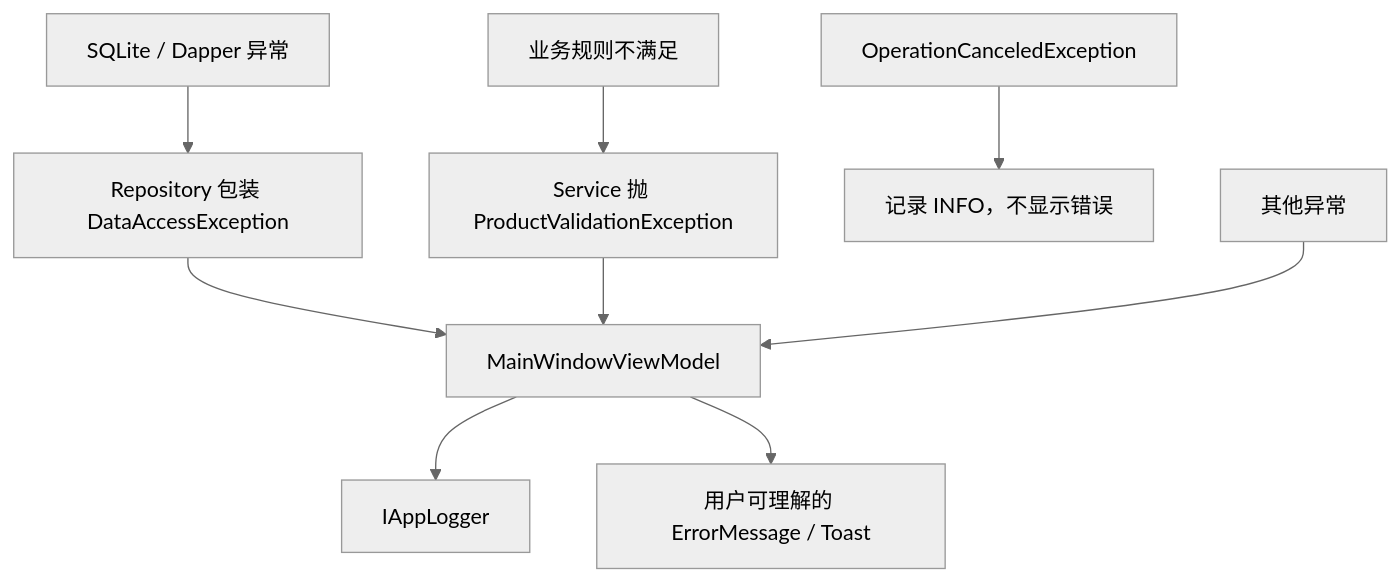
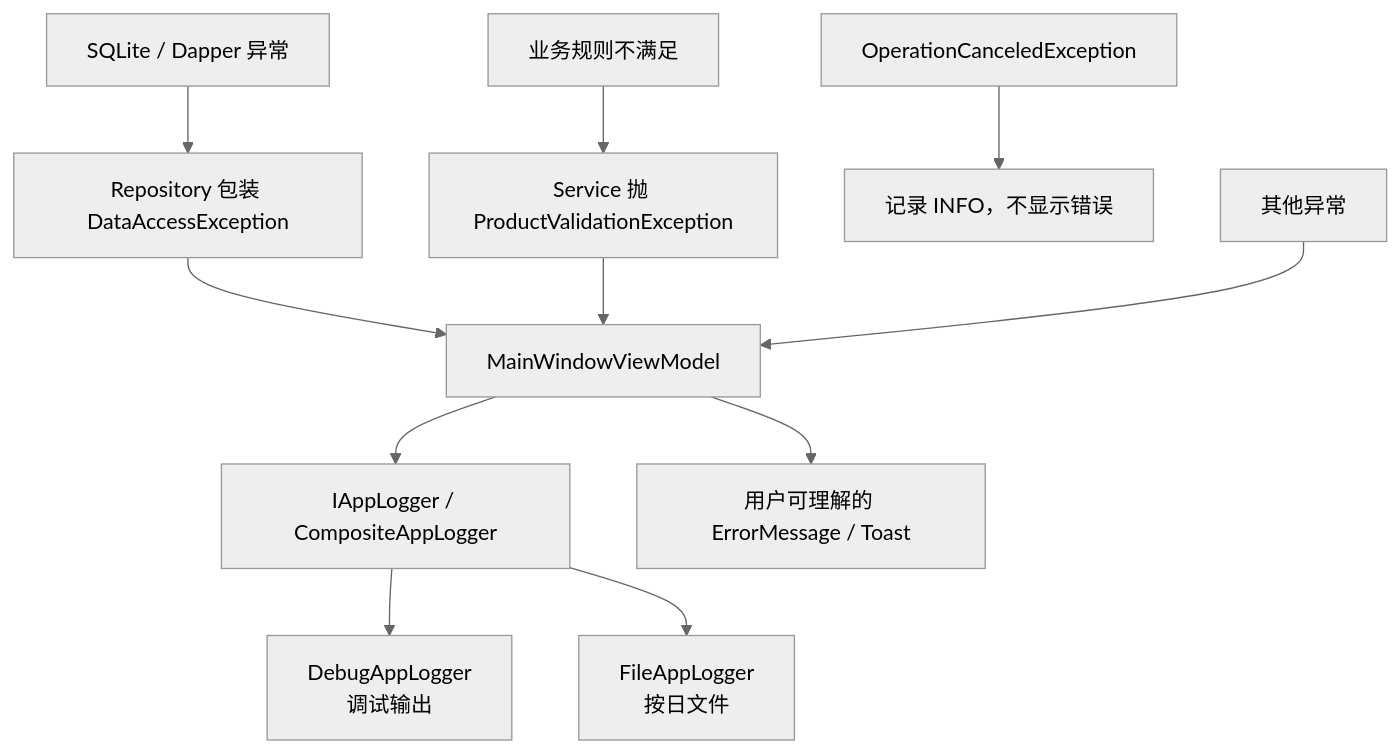
Before and after one commit to Harry134915/ProductManagerApp: the ninth of 9 diagrams in ProgramFlow/设计文档.md, drawn with Mermaid (neutral theme). The commit also changed other lines of this file and 7 other files, not shown here.

````diff
--- a/ProgramFlow/设计文档.md
+++ b/ProgramFlow/设计文档.md
@@ -266,11 +266,13 @@
 ```mermaid
 graph TD
     SQLiteError["SQLite / Dapper 异常"] --> DAL["Repository 包装 DataAccessException"]
     BusinessError["业务规则不满足"] --> BLL["Service 抛 ProductValidationException"]
     Cancel["OperationCanceledException"] --> Info["记录 INFO，不显示错误"]
     DAL --> Main["MainWindowViewModel"]
     BLL --> Main
     Unknown["其他异常"] --> Main
-    Main --> Log["IAppLogger"]
+    Main --> Log["IAppLogger / CompositeAppLogger"]
+    Log --> Debug["DebugAppLogger<br/>调试输出"]
+    Log --> File["FileAppLogger<br/>按日文件"]
     Main --> User["用户可理解的 ErrorMessage / Toast"]
 ```
````
